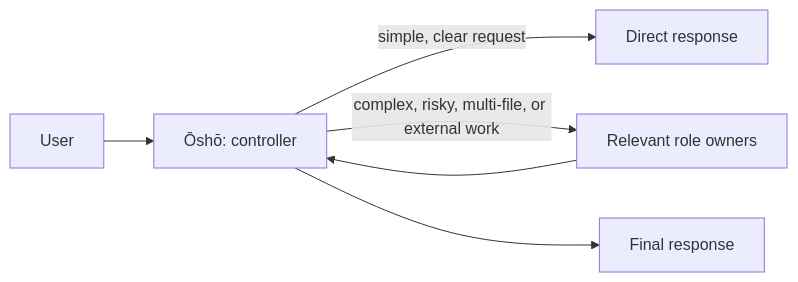
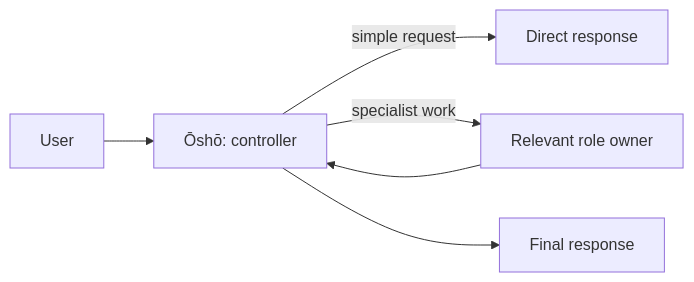
One commit to Kakudou/agentic-system changed the diagram in README.md. Above: the diagram before and after it, drawn with Mermaid. The commit also changed other lines of this file and 291 other files, not shown here.

````diff
--- a/README.md
+++ b/README.md
@@ -20,8 +37,8 @@
 ```mermaid
 flowchart LR
   U[User] --> O[Ōshō: controller]
-  O -->|simple, clear request| R[Direct response]
-  O -->|complex, risky, multi-file, or external work| S[Relevant role owners]
+  O -->|simple request| R[Direct response]
+  O -->|specialist work| S[Relevant role owner]
   S --> O
   O --> F[Final response]
 ```
````
